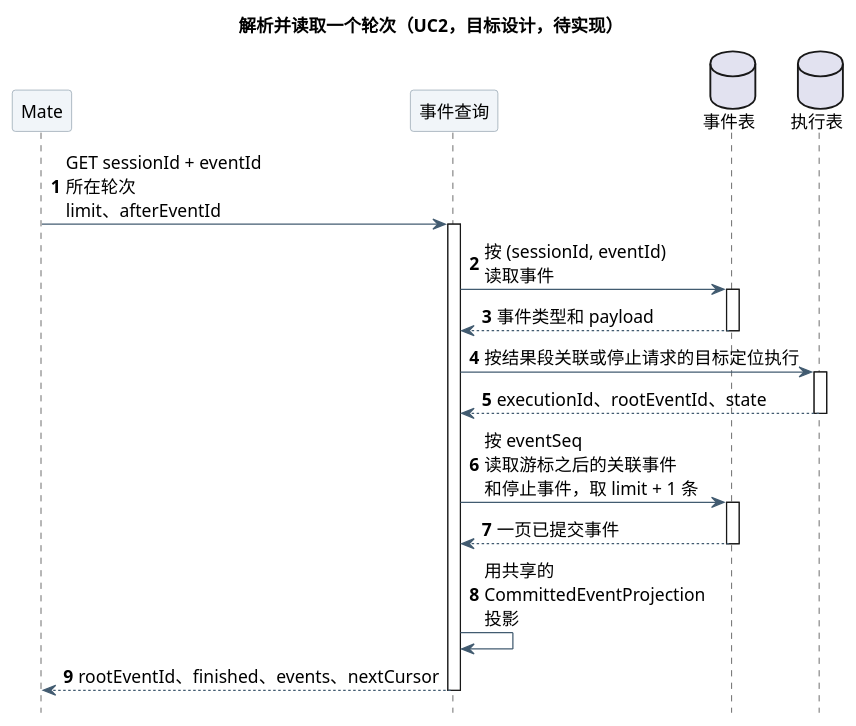
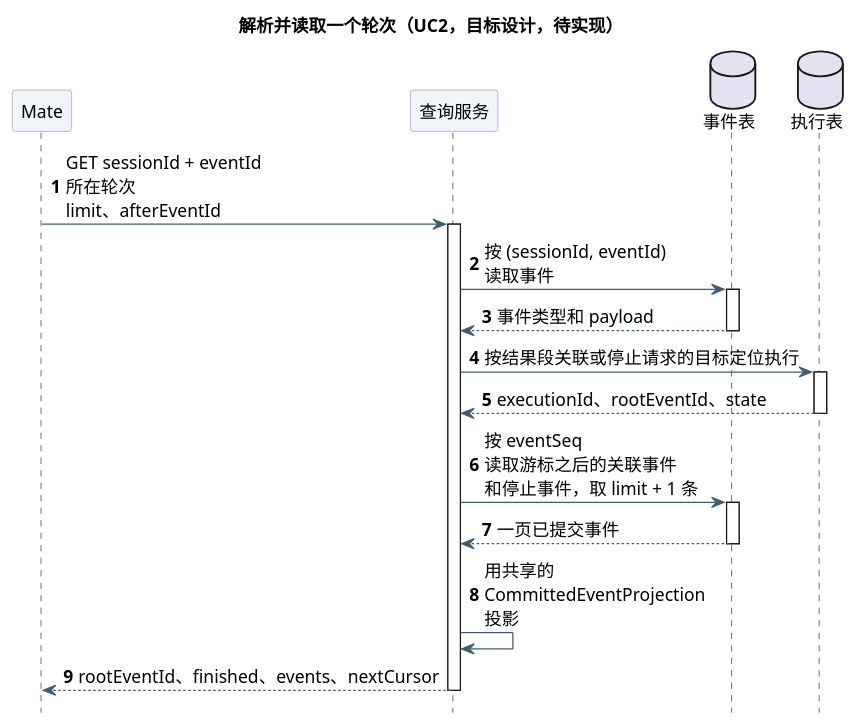
Before and after one commit to ssm0808/pi-mono-java-design: the second of 3 diagrams in 01-总体架构/01-CampusClaw多Agent运行时/设计图/Agent用户事件查询/diagram.puml, drawn with PlantUML. The commit also changed other lines of this file and 5 other files, not shown here.

```diff
--- a/01-总体架构/01-CampusClaw多Agent运行时/设计图/Agent用户事件查询/diagram.puml
+++ b/01-总体架构/01-CampusClaw多Agent运行时/设计图/Agent用户事件查询/diagram.puml
@@ -59,44 +70,44 @@
 @startuml event_turn_resolution
 ' 源码证据：pi-mono-java main 769e86592285f4a25b0febaf551eddea6bc7212c
 ' modules/coding-agent-cli/src/main/java/com/campusclaw/codingagent/runtimeapi/
 ' persistence/RuntimeExecutionPersistenceService.java:acceptMessage,acceptInterrupt,appendEntry
 ' persistence/MyBatisRuntimeExecutionControlRepository.java:linkCommittedEvent,appendToSegment,markTerminal
 ' event/RuntimeCompactionEventProjector.java:persistCompaction
 ' modules/coding-agent-cli/src/main/resources/mapper/session/RuntimeSessionMapper.xml:findCommittedEvent
 ' 已观察行为：user.message、续跑、Agent 输出和 idle 都关联到结果段；
 ' user.interrupt 只保存 targetEventId；执行内自动压缩尚未关联。
 ' 设计原因：复用根执行作为轮次身份，不新增轮次表。
 skinparam backgroundColor white
 skinparam defaultFontName SansSerif
 skinparam defaultFontSize 14
 skinparam shadowing false
 skinparam ArrowColor #425B70
 skinparam sequenceParticipantBackgroundColor #F1F5F9
 skinparam sequenceParticipantBorderColor #8496A4
 skinparam sequenceMessageAlign left
 skinparam maxMessageSize 190
 hide footbox
 autonumber
 title 解析并读取一个轮次（UC2，目标设计，待实现）
 participant "Mate" as Mate
-participant "事件查询" as Query
+participant "查询服务" as Query
 database "事件表" as Events
 database "执行表" as Exec
 Mate -> Query : GET sessionId + eventId 所在轮次\nlimit、afterEventId
 activate Query
 Query -> Events : 按 (sessionId, eventId) 读取事件
 activate Events
 Events --> Query : 事件类型和 payload
 deactivate Events
 Query -> Exec : 按结果段关联或停止请求的目标定位执行
 activate Exec
 Exec --> Query : executionId、rootEventId、state
 deactivate Exec
 Query -> Events : 按 eventSeq 读取游标之后的关联事件\n和停止事件，取 limit + 1 条
 activate Events
 Events --> Query : 一页已提交事件
 deactivate Events
 Query -> Query : 用共享的 CommittedEventProjection 投影
 Query --> Mate : rootEventId、finished、events、nextCursor
 deactivate Query
 @enduml
```
